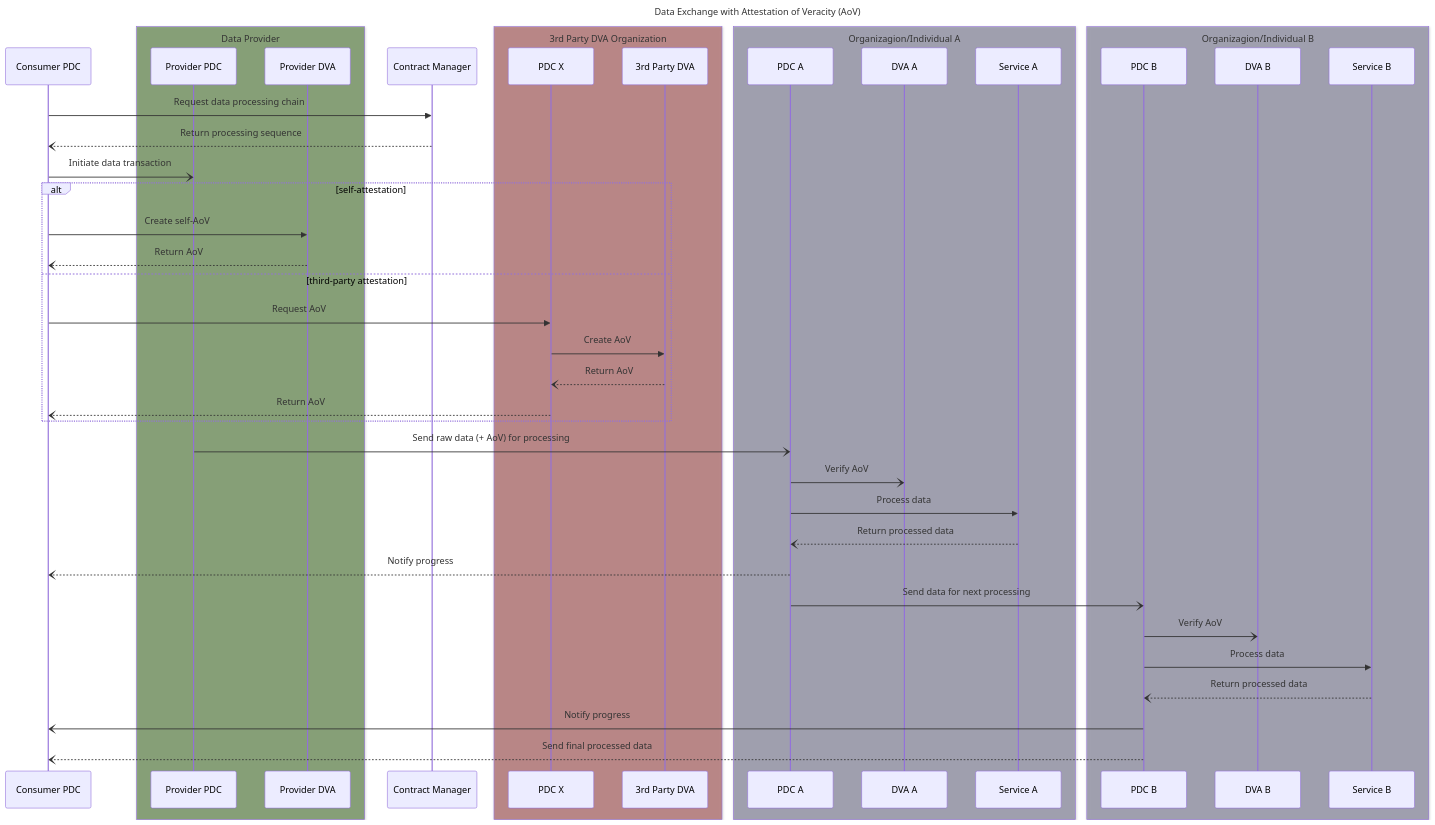
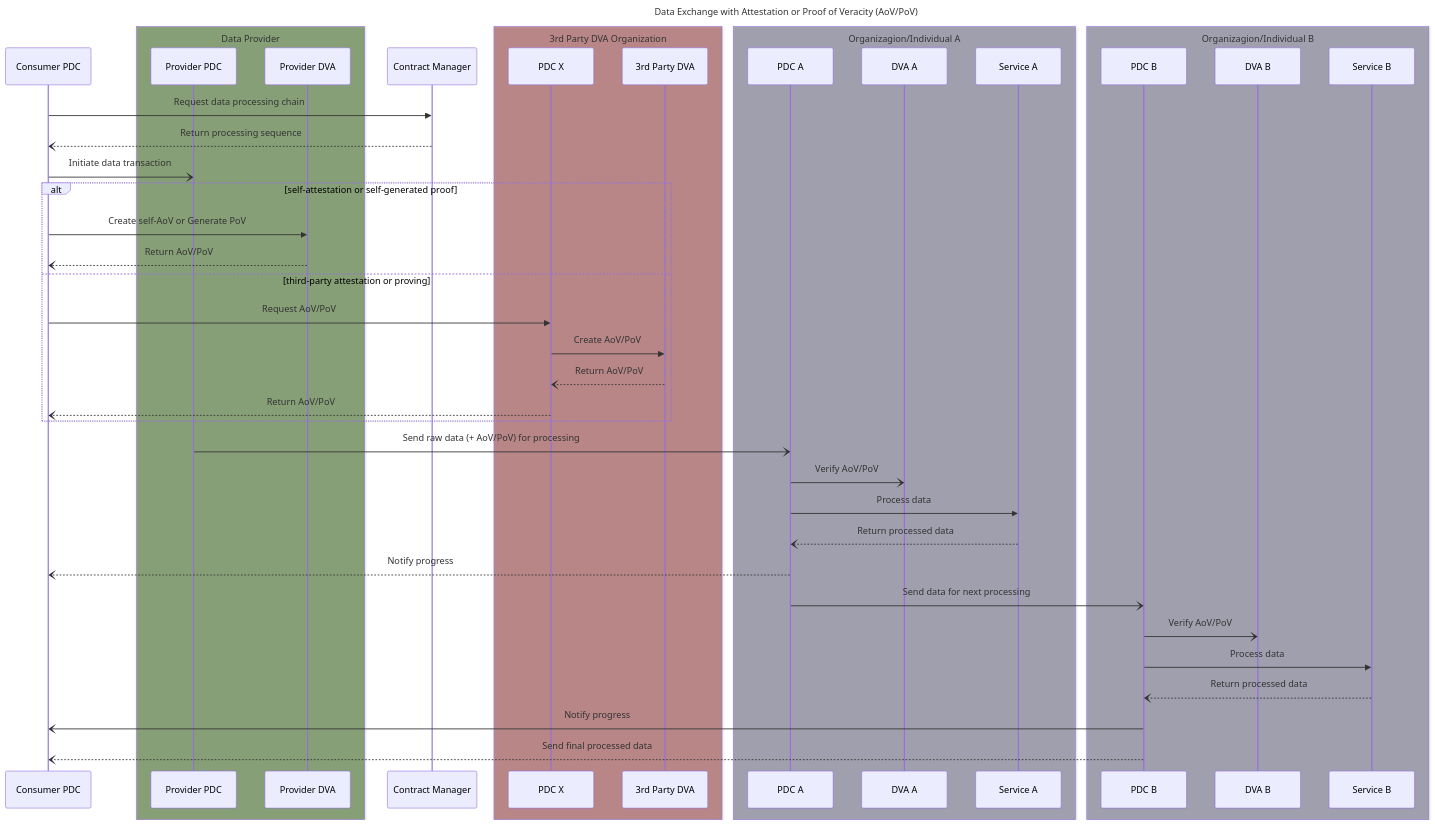
The seventh of 7 diagrams in docs/design-document.md (Prometheus-X-association/data-veracity), drawn with Mermaid before and after one commit. The commit also changed other lines of this file, not shown here.

````diff
--- a/docs/design-document.md
+++ b/docs/design-document.md
@@ -605,62 +605,61 @@
 ```mermaid
 ---
-title: Data Exchange with Attestation of Veracity (AoV)
+title: Data Exchange with Attestation or Proof of Veracity (AoV/PoV)
 ---
 
 sequenceDiagram
     participant c as Consumer PDC
 
     box rgba(50, 100, 20, .5) Data Provider
       participant p as Provider PDC
       participant dva as Provider DVA
     end
     
     participant ctr as Contract Manager
 
     box rgba(150, 50, 50, .5) 3rd Party DVA Organization
       participant pdc3 as PDC X 
       participant dva3 as 3rd Party DVA
     end
     
     box rgba(100, 100, 130, .5) Organizagion/Individual A
       participant pdca as PDC A
       participant dvaa as DVA A
       participant svca as Service A
     end
     
     box rgba(100, 100, 130, .5) Organizagion/Individual B
       participant pdcb as PDC B
       participant dvab as DVA B
       participant svcb as Service B
     end
 
     c ->> ctr : Request data processing chain
     ctr --) c: Return processing sequence
 
     c -) p: Initiate data transaction
 
-    alt self-attestation
-        c ->> dva: Create self-AoV
-        dva --) c: Return AoV
-    else third-party attestation
-        c ->> pdc3: Request AoV
-        pdc3 ->> dva3: Create AoV
-        dva3 --) pdc3: Return AoV
-        pdc3 --) c: Return AoV
+    alt self-attestation or self-generated proof
+        c ->> dva: Create self-AoV or Generate PoV
+        dva --) c: Return AoV/PoV
+    else third-party attestation or proving
+        c ->> pdc3: Request AoV/PoV
+        pdc3 ->> dva3: Create AoV/PoV
+        dva3 --) pdc3: Return AoV/PoV
+        pdc3 --) c: Return AoV/PoV
     end
 
-    p -) pdca: Send raw data (+ AoV) for processing
-
-    pdca -) dvaa: Verify AoV
+    p -) pdca: Send raw data (+ AoV/PoV) for processing
+    pdca -) dvaa: Verify AoV/PoV
     pdca ->> svca: Process data
     svca --) pdca: Return processed data
     pdca --) c: Notify progress
 
     pdca -) pdcb: Send data for next processing
-    pdcb -) dvab: Verify AoV
+    pdcb -) dvab: Verify AoV/PoV
     pdcb ->> svcb: Process data
     svcb --) pdcb: Return processed data
     pdcb -) c: Notify progress
 
     pdcb --) c: Send final processed data
 ```
````
